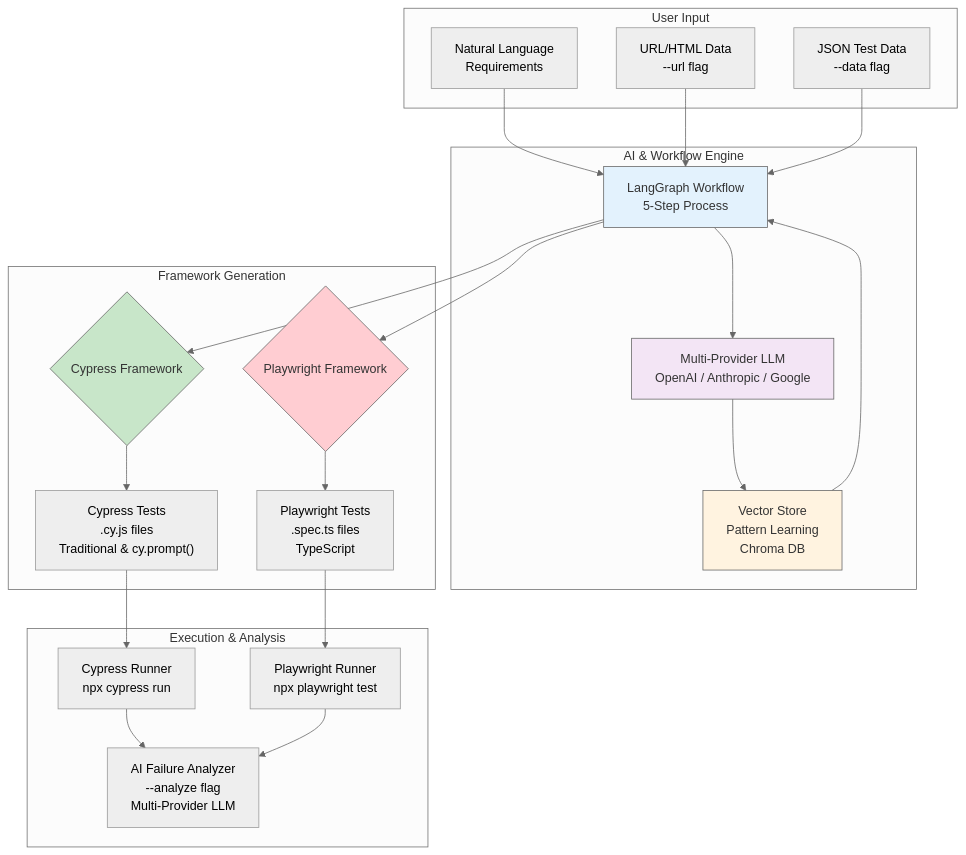
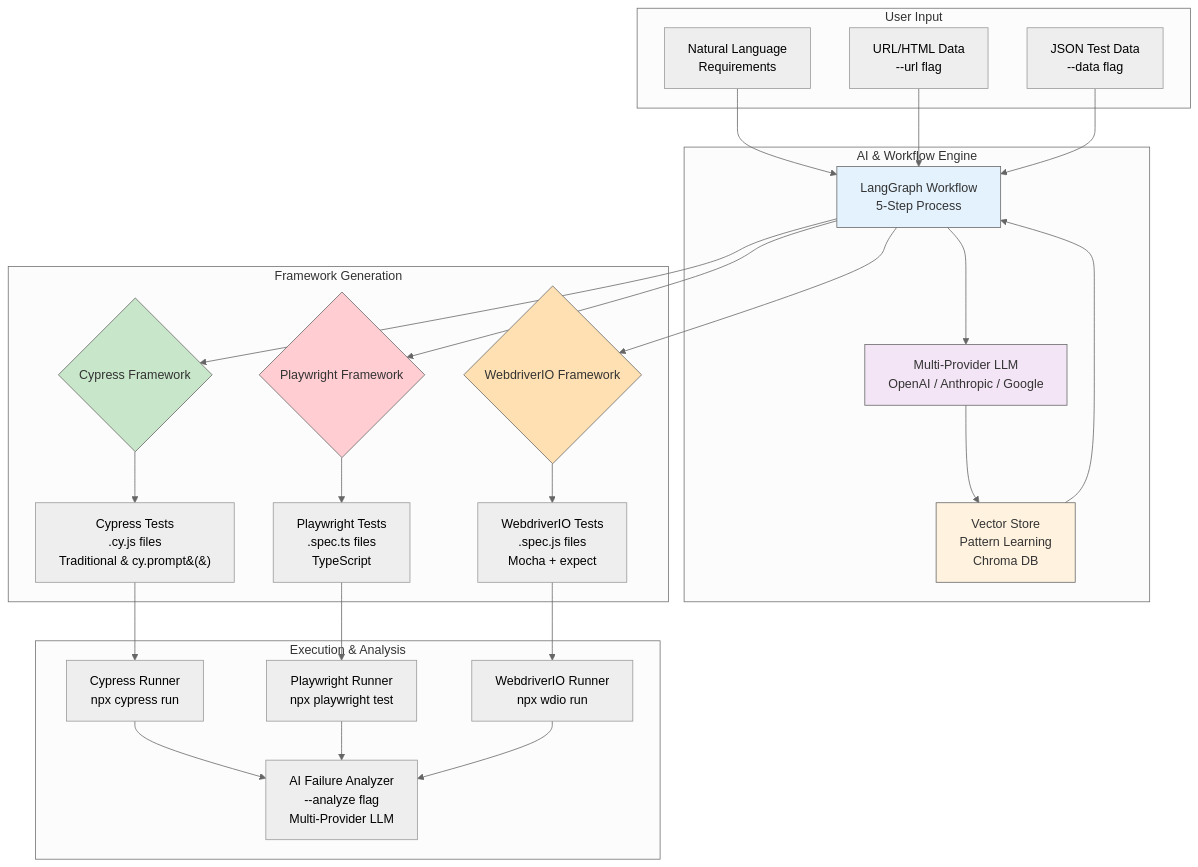
Before and after one commit to aiqualitylab/ai-natural-language-tests: the first of 3 diagrams in README.md, drawn with Mermaid (neutral theme). The commit also changed other lines of this file and 15 other files, not shown here.

First line of the commit message:
feat: Update package for WebdriverIO support and enhance test generation

````diff
--- a/README.md
+++ b/README.md
@@ -104,48 +107,56 @@
 ```mermaid
 graph TB
     subgraph "User Input"
-        A[Natural Language<br>Requirements]
-        B[URL/HTML Data<br>--url flag]
-        C[JSON Test Data<br>--data flag]
+        A[Natural Language<br/>Requirements]
+        B[URL/HTML Data<br/>--url flag]
+        C[JSON Test Data<br/>--data flag]
     end
 
     subgraph "AI & Workflow Engine"
-        D[LangGraph Workflow<br>5-Step Process]
-        E[Multi-Provider LLM<br>OpenAI / Anthropic / Google]
-        F[Vector Store<br>Pattern Learning<br>Chroma DB]
+        D[LangGraph Workflow<br/>5-Step Process]
+        E[Multi-Provider LLM<br/>OpenAI / Anthropic / Google]
+        F[Vector Store<br/>Pattern Learning<br/>Chroma DB]
     end
 
     subgraph "Framework Generation"
         G{Cypress Framework}
         H{Playwright Framework}
-        I["Cypress Tests<br>.cy.js files<br>Traditional & cy.prompt()"]
-        J[Playwright Tests<br>.spec.ts files<br>TypeScript]
+        W{WebdriverIO Framework}
+        I[Cypress Tests<br/>.cy.js files<br/>Traditional & cy.prompt&#40;&#41;]
+        J[Playwright Tests<br/>.spec.ts files<br/>TypeScript]
+        X[WebdriverIO Tests<br/>.spec.js files<br/>Mocha + expect]
     end
 
     subgraph "Execution & Analysis"
-        K[Cypress Runner<br>npx cypress run]
-        L[Playwright Runner<br>npx playwright test]
-        M[AI Failure Analyzer<br>--analyze flag<br>Multi-Provider LLM]
+        K[Cypress Runner<br/>npx cypress run]
+        L[Playwright Runner<br/>npx playwright test]
+        M[AI Failure Analyzer<br/>--analyze flag<br/>Multi-Provider LLM]
+        P[WebdriverIO Runner<br/>npx wdio run]
     end
 
     A --> D
     B --> D
     C --> D
     D --> E
     E --> F
     F --> D
     D --> G
     D --> H
+    D --> W
     G --> I
     H --> J
+    W --> X
     I --> K
     J --> L
+    X --> P
     K --> M
     L --> M
+    P --> M
 
     style D fill:#e3f2fd,color:#333333,stroke:#666666
     style E fill:#f3e5f5,color:#333333,stroke:#666666
     style F fill:#fff3e0,color:#333333,stroke:#666666
     style G fill:#c8e6c9,color:#333333,stroke:#666666
     style H fill:#ffcdd2,color:#333333,stroke:#666666
+    style W fill:#ffe0b2,color:#333333,stroke:#666666
 ```
````
